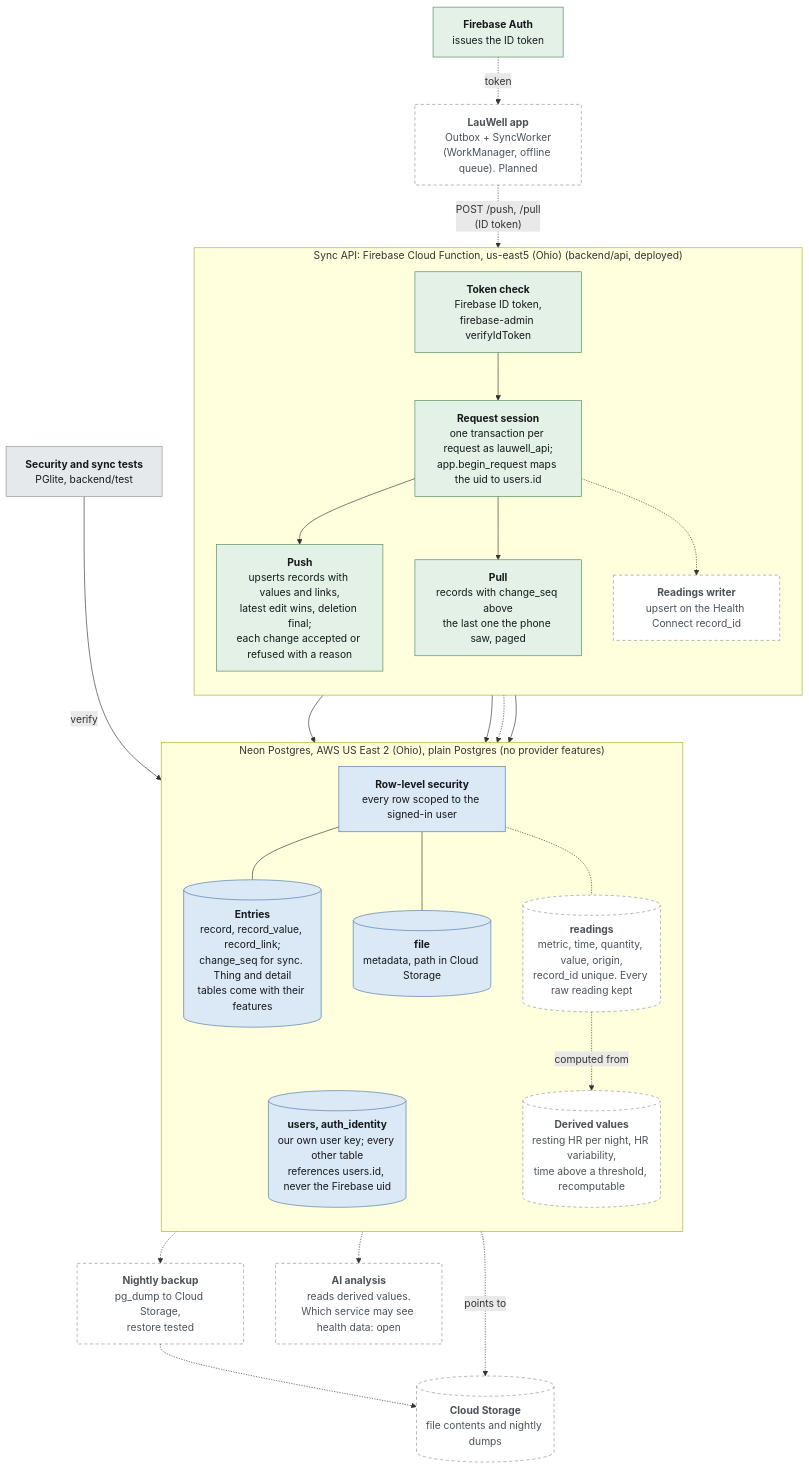
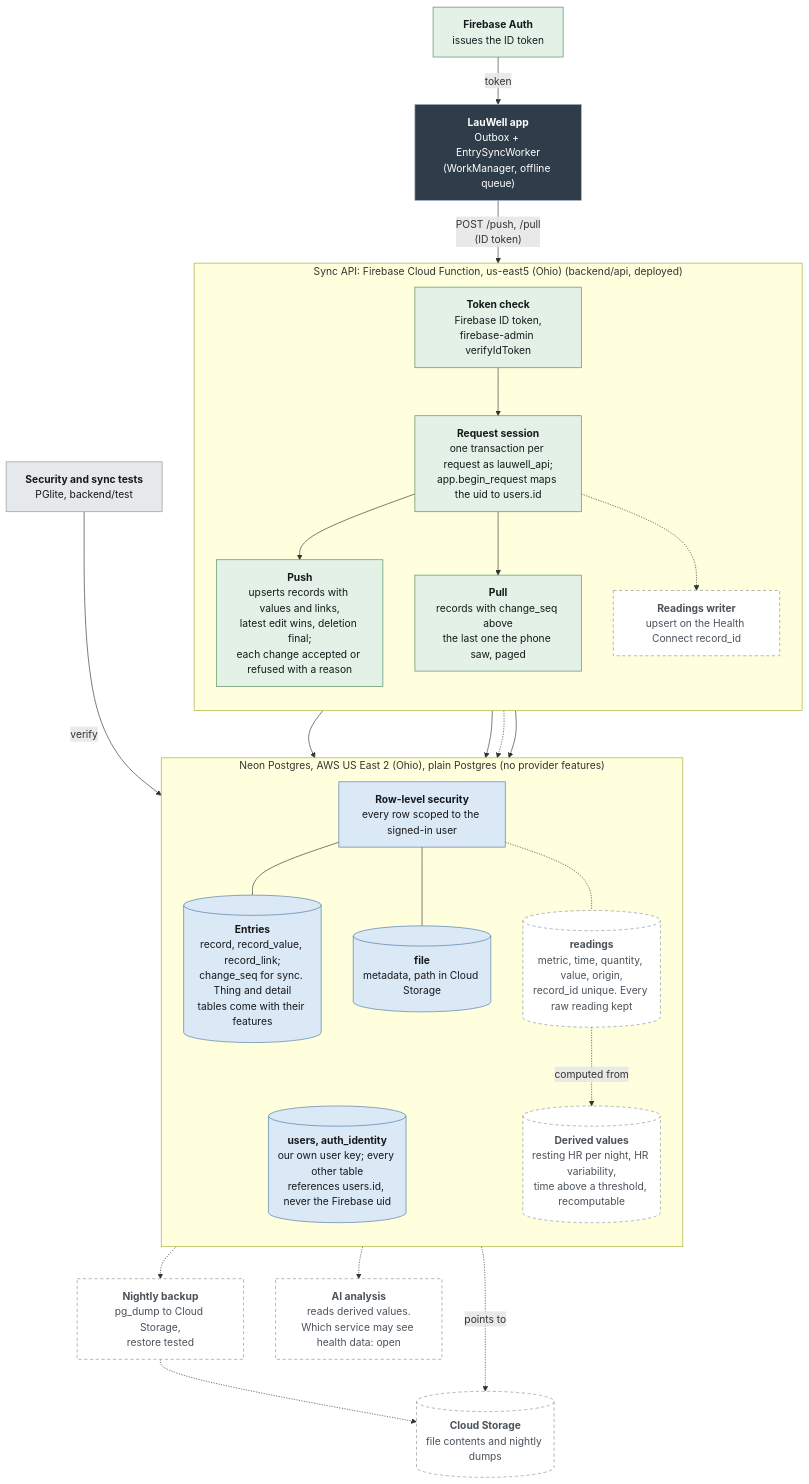
Before and after one commit to Laul/LauWell: the diagram in docs/architecture/c4/c4-3-components-postgres.mmd, drawn with Mermaid. The commit also changed 17 other files, not shown here.

First line of the commit message:
[sync] Entry sync on the phone: Room outbox, EntrySync, HTTP client and worker

```diff
--- a/docs/architecture/c4/c4-3-components-postgres.mmd
+++ b/docs/architecture/c4/c4-3-components-postgres.mmd
@@ -1,57 +1,57 @@
 %% C4 level 3 - Components of the Postgres store (Neon) and its sync API. Solid = built, dashed = planned.
 %% Updated 2026-11-11: schema v1 provisioned on Neon (backend/db/migrations); the sync API deployed (backend/api);
-%% the app not connected yet. Source: decisions of 2026-11-04 (Persistence, Raw readings, Provider: Neon), Identity (2026-11-06),
+%% called by the app (EntrySync). Source: decisions of 2026-11-04 (Persistence, Raw readings, Provider: Neon), Identity (2026-11-06),
 %% Sync: our own (2026-11-09).
 flowchart TB
   classDef app fill:#2f3d4a,stroke:#9fb2c4,color:#ffffff
   classDef store fill:#dbe8f5,stroke:#4b78a8,color:#16191C
   classDef cloud fill:#e3f1e6,stroke:#4f8a5c,color:#16191C
   classDef ext fill:#e6e9ec,stroke:#8a939b,color:#16191C
   classDef planned fill:#ffffff,stroke:#8a939b,color:#4a525a,stroke-dasharray:5 4
 
-  APP["<b>LauWell app</b><br/>Outbox + SyncWorker<br/>(WorkManager, offline queue). Planned"]:::planned
+  APP["<b>LauWell app</b><br/>Outbox + EntrySyncWorker<br/>(WorkManager, offline queue)"]:::app
   AUTH["<b>Firebase Auth</b><br/>issues the ID token"]:::cloud
 
   subgraph API["Sync API: Firebase Cloud Function, us-east5 (Ohio) (backend/api, deployed)"]
     direction TB
     VERIFY["<b>Token check</b><br/>Firebase ID token,<br/>firebase-admin verifyIdToken"]:::cloud
     MAP["<b>Request session</b><br/>one transaction per request as lauwell_api;<br/>app.begin_request maps the uid to users.id"]:::cloud
     WRITE["<b>Push</b><br/>upserts records with values and links,<br/>latest edit wins, deletion final;<br/>each change accepted or refused with a reason"]:::cloud
     FEED["<b>Pull</b><br/>records with change_seq above<br/>the last one the phone saw, paged"]:::cloud
     RWRITE["<b>Readings writer</b><br/>upsert on the Health Connect record_id"]:::planned
   end
 
   subgraph PG["Neon Postgres, AWS US East 2 (Ohio), plain Postgres (no provider features)"]
     direction TB
     USERS[("<b>users, auth_identity</b><br/>our own user key; every other table<br/>references users.id, never the Firebase uid")]:::store
     ENT[("<b>Entries</b><br/>record, record_value, record_link;<br/>change_seq for sync. Thing and detail<br/>tables come with their features")]:::store
     RD[("<b>readings</b><br/>metric, time, quantity, value, origin,<br/>record_id unique. Every raw reading kept")]:::planned
     FILEM[("<b>file</b><br/>metadata, path in Cloud Storage")]:::store
     DER[("<b>Derived values</b><br/>resting HR per night, HR variability,<br/>time above a threshold, recomputable")]:::planned
     RLS["<b>Row-level security</b><br/>every row scoped to the signed-in user"]:::store
   end
 
   ST[("<b>Cloud Storage</b><br/>file contents and nightly dumps")]:::planned
   BKP["<b>Nightly backup</b><br/>pg_dump to Cloud Storage,<br/>restore tested"]:::planned
   TESTS["<b>Security and sync tests</b><br/>PGlite, backend/test"]:::ext
   AI["<b>AI analysis</b><br/>reads derived values.<br/>Which service may see health data: open"]:::planned
 
-  APP -.->|"POST /push, /pull<br/>(ID token)"| VERIFY
-  AUTH -.->|"token"| APP
+  APP -->|"POST /push, /pull<br/>(ID token)"| VERIFY
+  AUTH -->|"token"| APP
   VERIFY --> MAP
   MAP --> WRITE
   MAP --> FEED
   MAP -.-> RWRITE
   WRITE --> ENT
   FEED --> ENT
   RWRITE -.-> RD
   MAP --> USERS
   RLS --- ENT
   RLS --- FILEM
   RLS -.- RD
   RD -.->|"computed from"| DER
   DER -.-> AI
   FILEM -.->|"points to"| ST
   PG -.-> BKP
   BKP -.-> ST
   TESTS -->|"verify"| RLS
```
